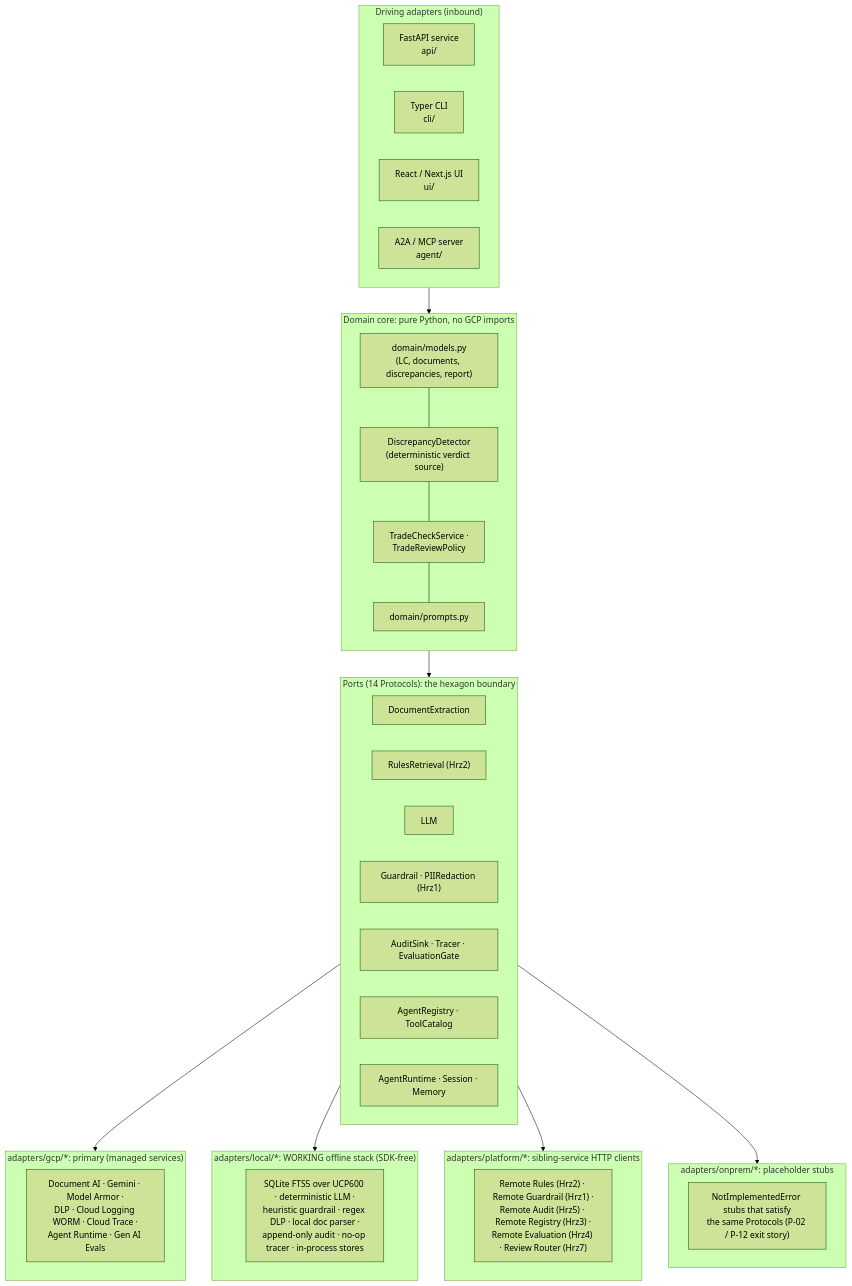
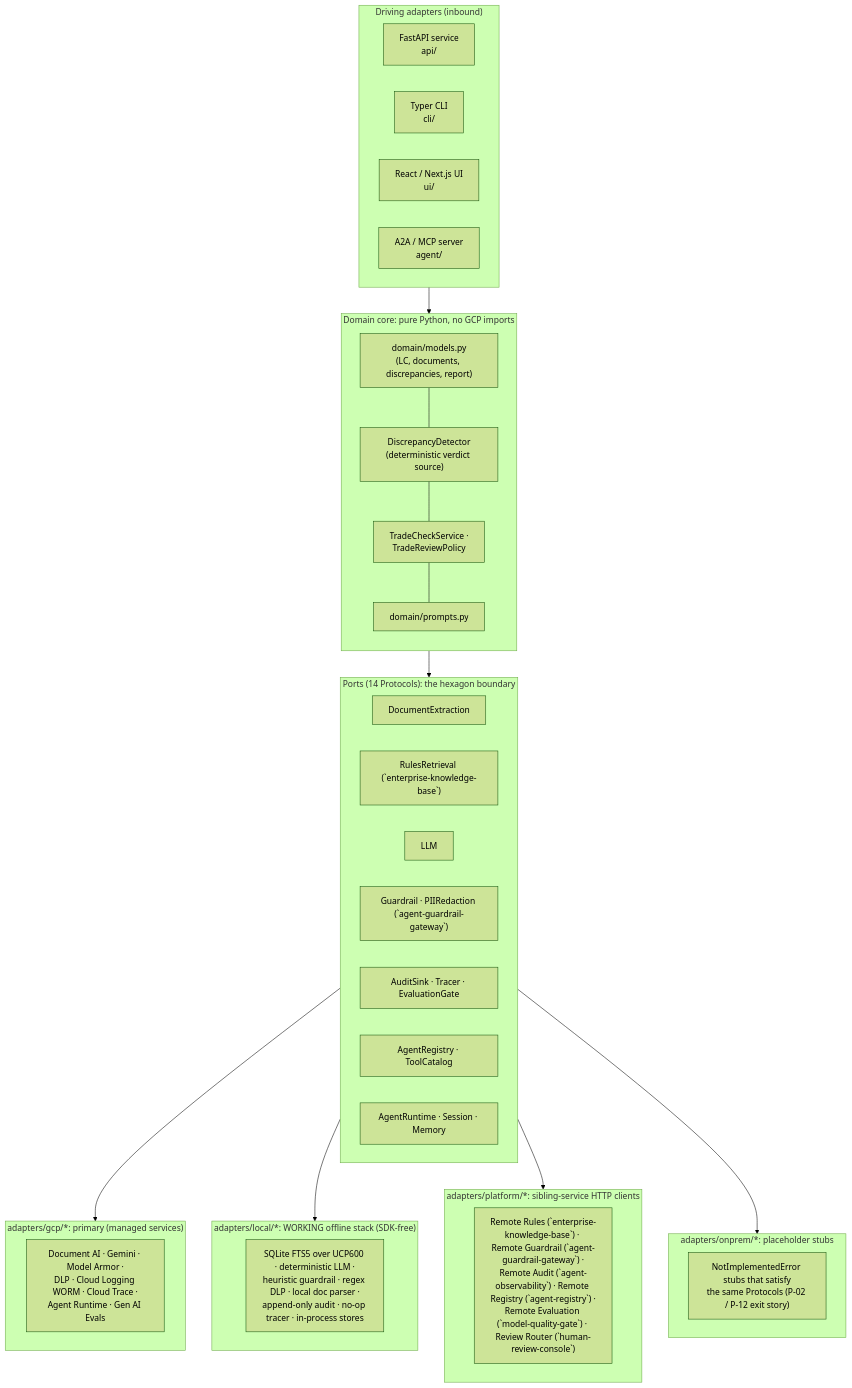
One commit to portable-genai/trade-finance-checker changed the first of 3 diagrams in README.md. Above: the diagram before and after it, drawn with Mermaid (forest theme). The commit also changed other lines of this file and 34 other files, not shown here.

````diff
--- a/README.md
+++ b/README.md
@@ -59,48 +58,48 @@
 ```mermaid
 flowchart TB
     subgraph edges["Driving adapters (inbound)"]
         API["FastAPI service<br/>api/"]
         CLI["Typer CLI<br/>cli/"]
         UI["React / Next.js UI<br/>ui/"]
         A2A["A2A / MCP server<br/>agent/"]
     end
 
     subgraph core["Domain core: pure Python, no GCP imports"]
         direction TB
         MODELS["domain/models.py<br/>(LC, documents, discrepancies, report)"]
         DET["DiscrepancyDetector<br/>(deterministic verdict source)"]
         SVCS["TradeCheckService ·<br/>TradeReviewPolicy"]
         PROMPTS["domain/prompts.py"]
         MODELS --- DET --- SVCS --- PROMPTS
     end
 
     subgraph ports["Ports (14 Protocols): the hexagon boundary"]
         P1["DocumentExtraction"]
-        P2["RulesRetrieval (Hrz2)"]
+        P2["RulesRetrieval (`enterprise-knowledge-base`)"]
         P3["LLM"]
-        P4["Guardrail · PIIRedaction (Hrz1)"]
+        P4["Guardrail · PIIRedaction (`agent-guardrail-gateway`)"]
         P5["AuditSink · Tracer · EvaluationGate"]
         P6["AgentRegistry · ToolCatalog"]
         P7["AgentRuntime · Session · Memory"]
     end
 
     subgraph gcp["adapters/gcp/*: primary (managed services)"]
         G["Document AI · Gemini · Model Armor ·<br/>DLP · Cloud Logging WORM · Cloud Trace ·<br/>Agent Runtime · Gen AI Evals"]
     end
     subgraph loc["adapters/local/*: WORKING offline stack (SDK-free)"]
         LO["SQLite FTS5 over UCP600 · deterministic LLM ·<br/>heuristic guardrail · regex DLP · local doc parser ·<br/>append-only audit · no-op tracer · in-process stores"]
     end
     subgraph plat["adapters/platform/*: sibling-service HTTP clients"]
-        PL["Remote Rules (Hrz2) · Remote Guardrail (Hrz1) ·<br/>Remote Audit (Hrz5) · Remote Registry (Hrz3) ·<br/>Remote Evaluation (Hrz4) · Review Router (Hrz7)"]
+        PL["Remote Rules (`enterprise-knowledge-base`) · Remote Guardrail (`agent-guardrail-gateway`) ·<br/>Remote Audit (`agent-observability`) · Remote Registry (`agent-registry`) ·<br/>Remote Evaluation (`model-quality-gate`) · Review Router (`human-review-console`)"]
     end
     subgraph onp["adapters/onprem/*: placeholder stubs"]
         ON["NotImplementedError stubs that satisfy<br/>the same Protocols (P-02 / P-12 exit story)"]
     end
 
     edges --> core
     core --> ports
     ports --> gcp
     ports --> loc
     ports --> plat
     ports --> onp
 ```
````
